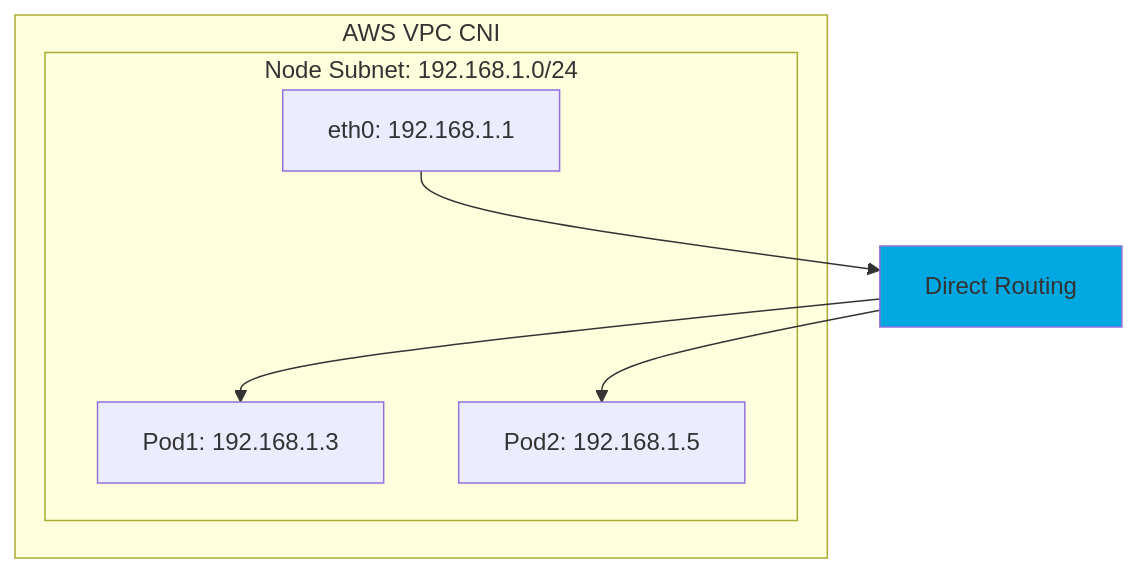
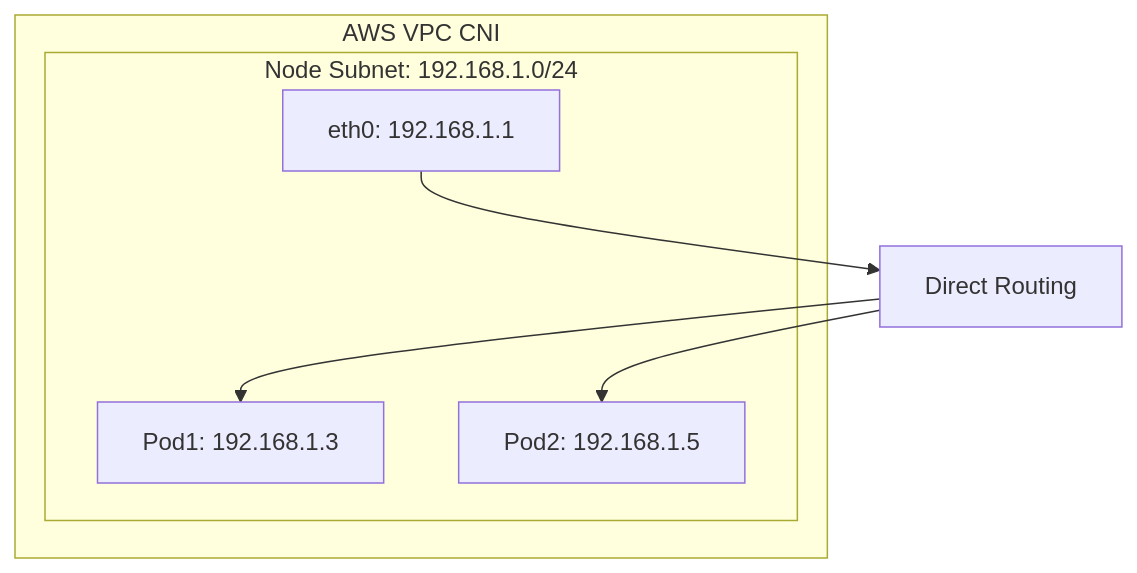
The ninth of 25 diagrams in docs/eks/week2-networking.md (juwon8891/juwon8891.github.io), drawn with Mermaid before and after one commit. The commit also changed other lines of this file and 18 other files, not shown here.

Commit message:
Remove bright colors from Mermaid diagrams for dark mode compatibility

````diff
--- a/docs/eks/week2-networking.md
+++ b/docs/eks/week2-networking.md
@@ -363,16 +351,15 @@
 ```mermaid
 graph TB
     subgraph "AWS VPC CNI"
         subgraph "Node Subnet: 192.168.1.0/24"
             A[eth0: 192.168.1.1]
             B[Pod1: 192.168.1.3]
             C[Pod2: 192.168.1.5]
         end
     end
 
     A --> D[Direct Routing]
     D --> B
     D --> C
 
-    style D fill:#00a8e1
 ```
````
